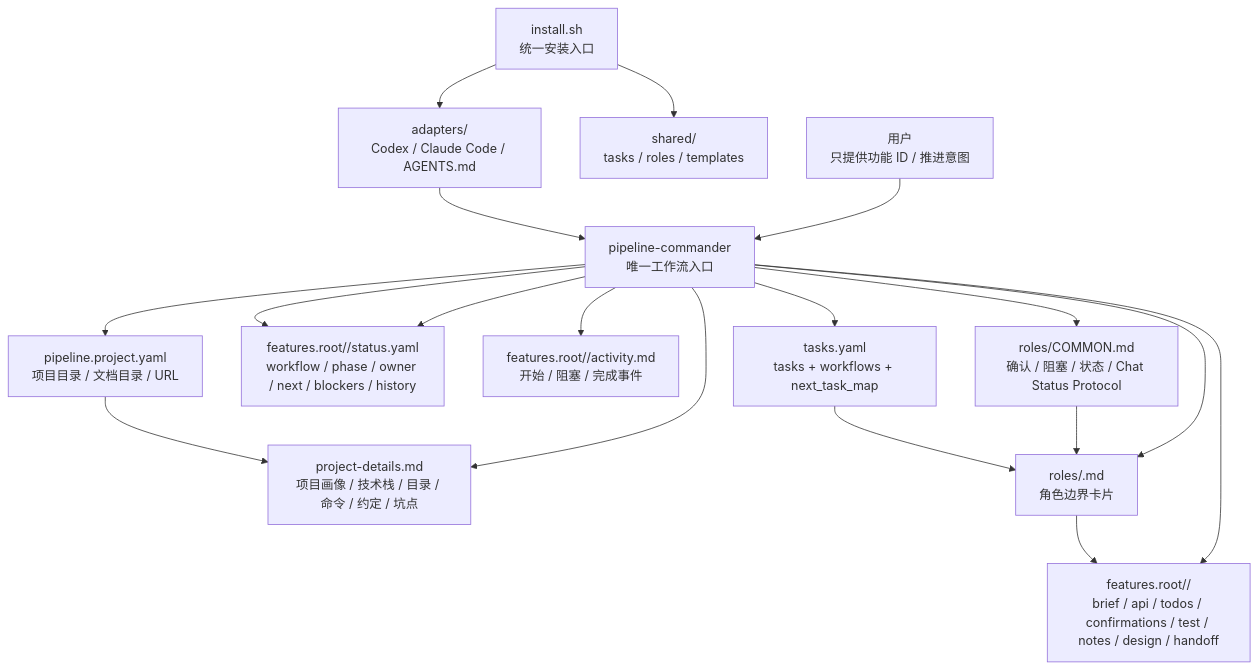
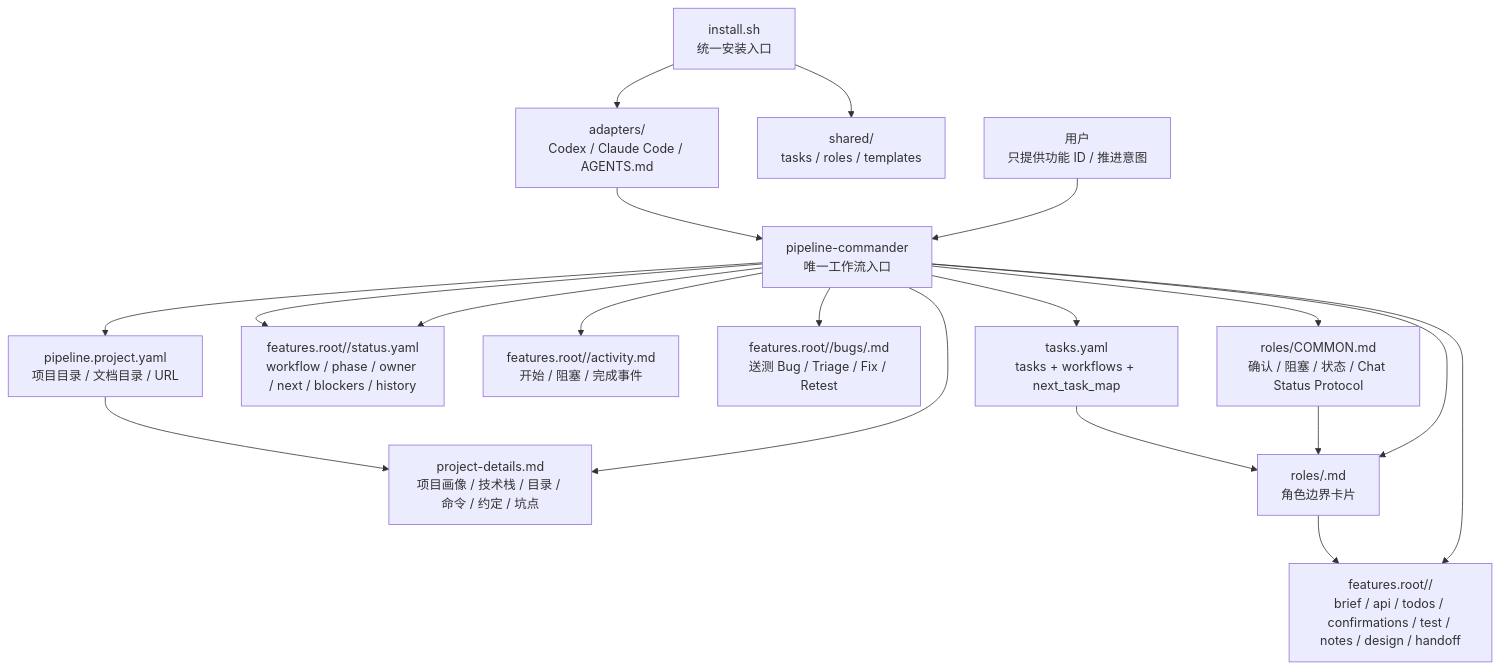
The first of 6 diagrams in docs/ARCHITECTURE.md (Jasmine-dong/skill_flow), drawn with Mermaid before and after one commit. The commit also changed other lines of this file and 17 other files, not shown here.

````diff
--- a/docs/ARCHITECTURE.md
+++ b/docs/ARCHITECTURE.md
@@ -5,34 +5,36 @@
 ```mermaid
 flowchart TD
   User["用户\n只提供功能 ID / 推进意图"]
   Install["install.sh\n统一安装入口"]
   Shared["shared/\ntasks / roles / templates"]
   Adapters["adapters/\nCodex / Claude Code / AGENTS.md"]
   Commander["pipeline-commander\n唯一工作流入口"]
   Config["pipeline.project.yaml\n项目目录 / 文档目录 / URL"]
   ProjectDetails["project-details.md\n项目画像 / 技术栈 / 目录 / 命令 / 约定 / 坑点"]
   Status["features.root/<feature-id>/status.yaml\nworkflow / phase / owner / next / blockers / history"]
   Activity["features.root/<feature-id>/activity.md\n开始 / 阻塞 / 完成事件"]
+  Bugs["features.root/<feature-id>/bugs/<bug-id>.md\n送测 Bug / Triage / Fix / Retest"]
   Tasks["tasks.yaml\ntasks + workflows + next_task_map"]
   Common["roles/COMMON.md\n确认 / 阻塞 / 状态 / Chat Status Protocol"]
   Role["roles/<agent>.md\n角色边界卡片"]
   Feature["features.root/<feature-id>/\nbrief / api / todos / confirmations / test / notes / design / handoff"]
 
   Install --> Shared
   Install --> Adapters
   Adapters --> Commander
   User --> Commander
   Commander --> Config
   Config --> ProjectDetails
   Commander --> ProjectDetails
   Commander --> Status
   Commander --> Activity
+  Commander --> Bugs
   Commander --> Tasks
   Tasks --> Role
   Commander --> Common
   Common --> Role
   Commander --> Role
   Role --> Feature
   Commander --> Feature
   Commander --> Status
 ```
````
